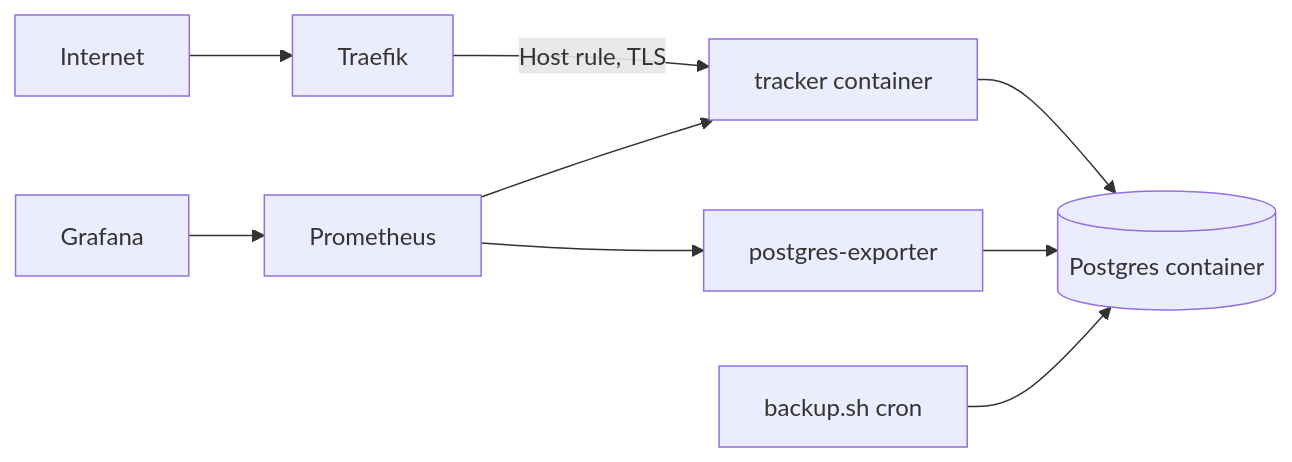
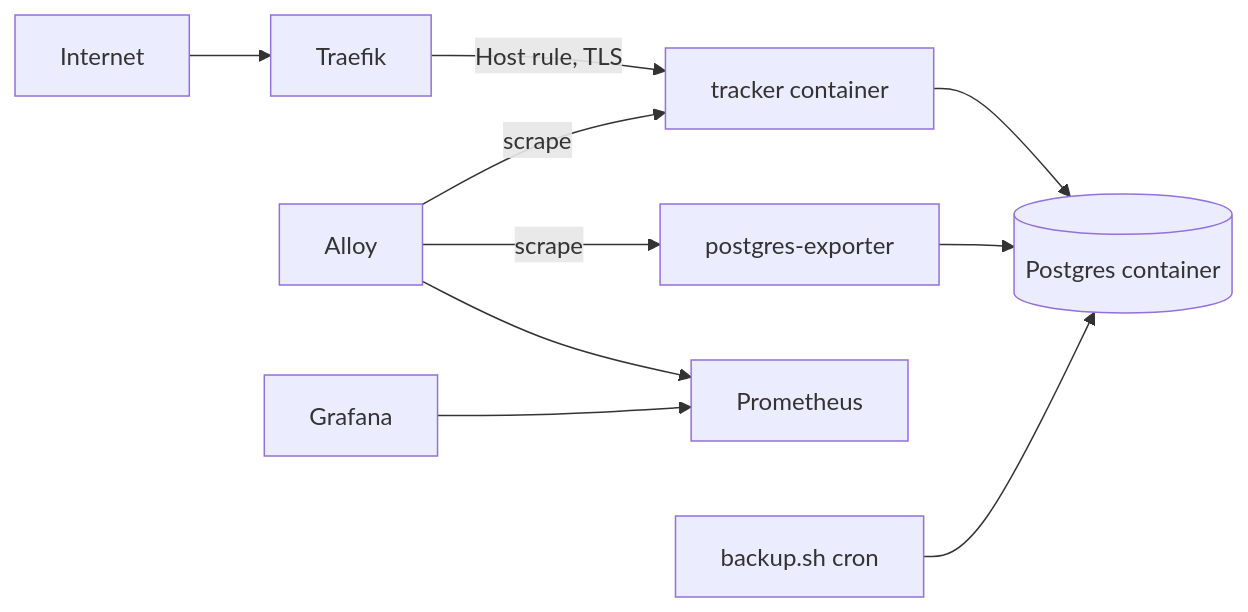
One commit to thanderoy/ais-tracker changed the second of 2 diagrams in docs/architecture.md. Above: the diagram before and after it, drawn with Mermaid. The commit also changed other lines of this file and 6 other files, not shown here.

````diff
--- a/docs/architecture.md
+++ b/docs/architecture.md
@@ -102,11 +102,12 @@
 ```mermaid
 flowchart LR
     Internet --> Traefik
     Traefik -->|Host rule, TLS| Tracker[tracker container]
     Tracker --> Postgres[(Postgres container)]
     Exporter[postgres-exporter] --> Postgres
-    Prometheus --> Tracker
-    Prometheus --> Exporter
+    Alloy -->|scrape| Tracker
+    Alloy -->|scrape| Exporter
+    Alloy --> Prometheus
     Grafana --> Prometheus
     Backup[backup.sh cron] --> Postgres
 ```
````
